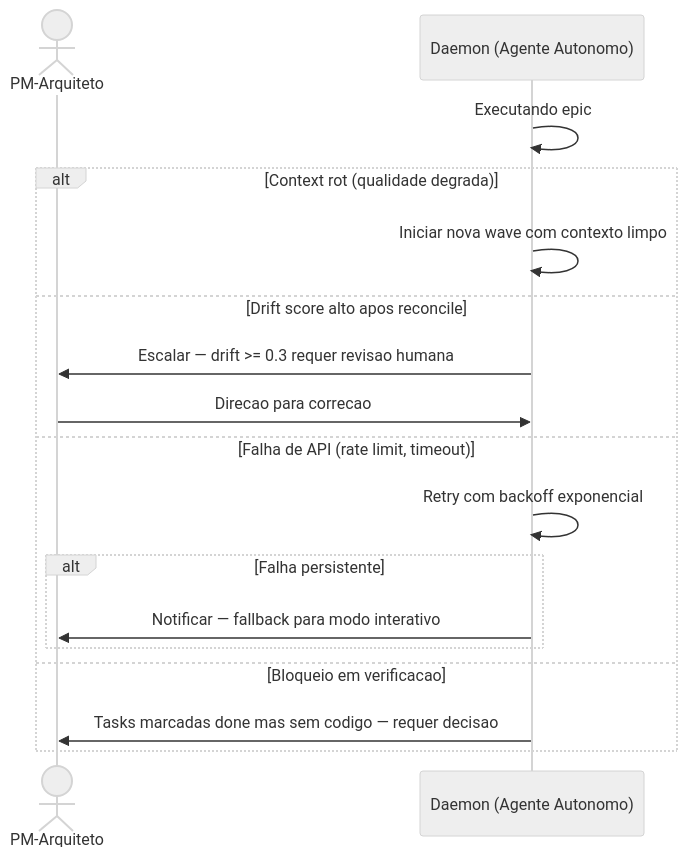
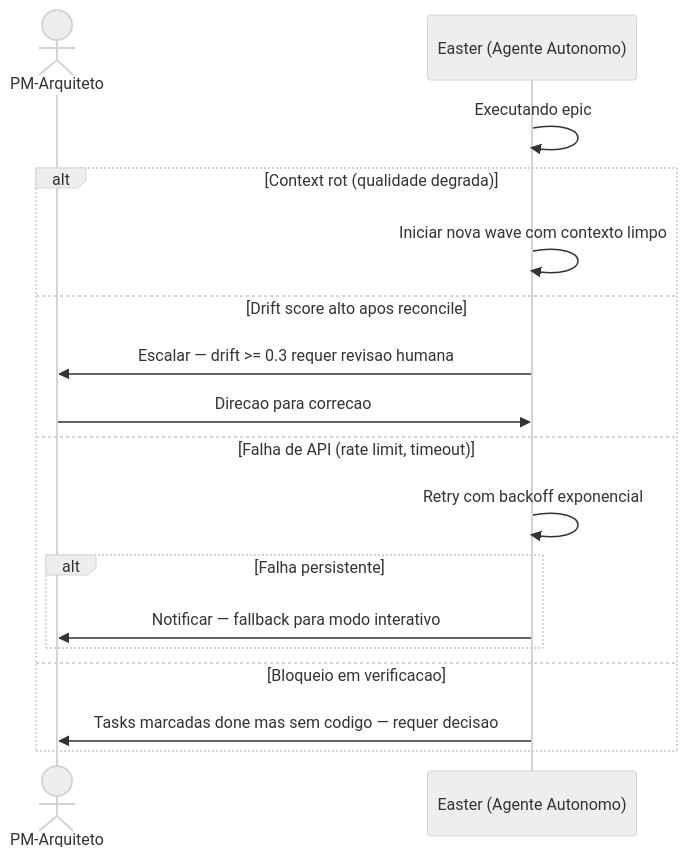
The ninth of 9 diagrams in platforms/madruga-ai/business/process.md (paceautomations/madruga.ai), drawn with Mermaid (neutral theme) before and after one commit. The commit also changed other lines of this file and 122 other files, not shown here.

First line of the commit message:
feat: epic 021 — pipeline intelligence artifacts, daemon→easter rename, audit PNG cleanup

````diff
--- a/platforms/madruga-ai/business/process.md
+++ b/platforms/madruga-ai/business/process.md
@@ -452,20 +452,20 @@
 ```mermaid
 sequenceDiagram
     actor PM as PM-Arquiteto
-    participant Daemon as Daemon (Agente Autonomo)
+    participant Easter as Easter (Agente Autonomo)
 
-    Daemon->>Daemon: Executando epic
+    Easter->>Easter: Executando epic
     alt Context rot (qualidade degrada)
-        Daemon->>Daemon: Iniciar nova wave com contexto limpo
+        Easter->>Easter: Iniciar nova wave com contexto limpo
     else Drift score alto apos reconcile
-        Daemon->>PM: Escalar — drift >= 0.3 requer revisao humana
-        PM->>Daemon: Direcao para correcao
+        Easter->>PM: Escalar — drift >= 0.3 requer revisao humana
+        PM->>Easter: Direcao para correcao
     else Falha de API (rate limit, timeout)
-        Daemon->>Daemon: Retry com backoff exponencial
+        Easter->>Easter: Retry com backoff exponencial
         alt Falha persistente
-            Daemon->>PM: Notificar — fallback para modo interativo
+            Easter->>PM: Notificar — fallback para modo interativo
         end
     else Bloqueio em verificacao
-        Daemon->>PM: Tasks marcadas done mas sem codigo — requer decisao
+        Easter->>PM: Tasks marcadas done mas sem codigo — requer decisao
     end
 ```
````
